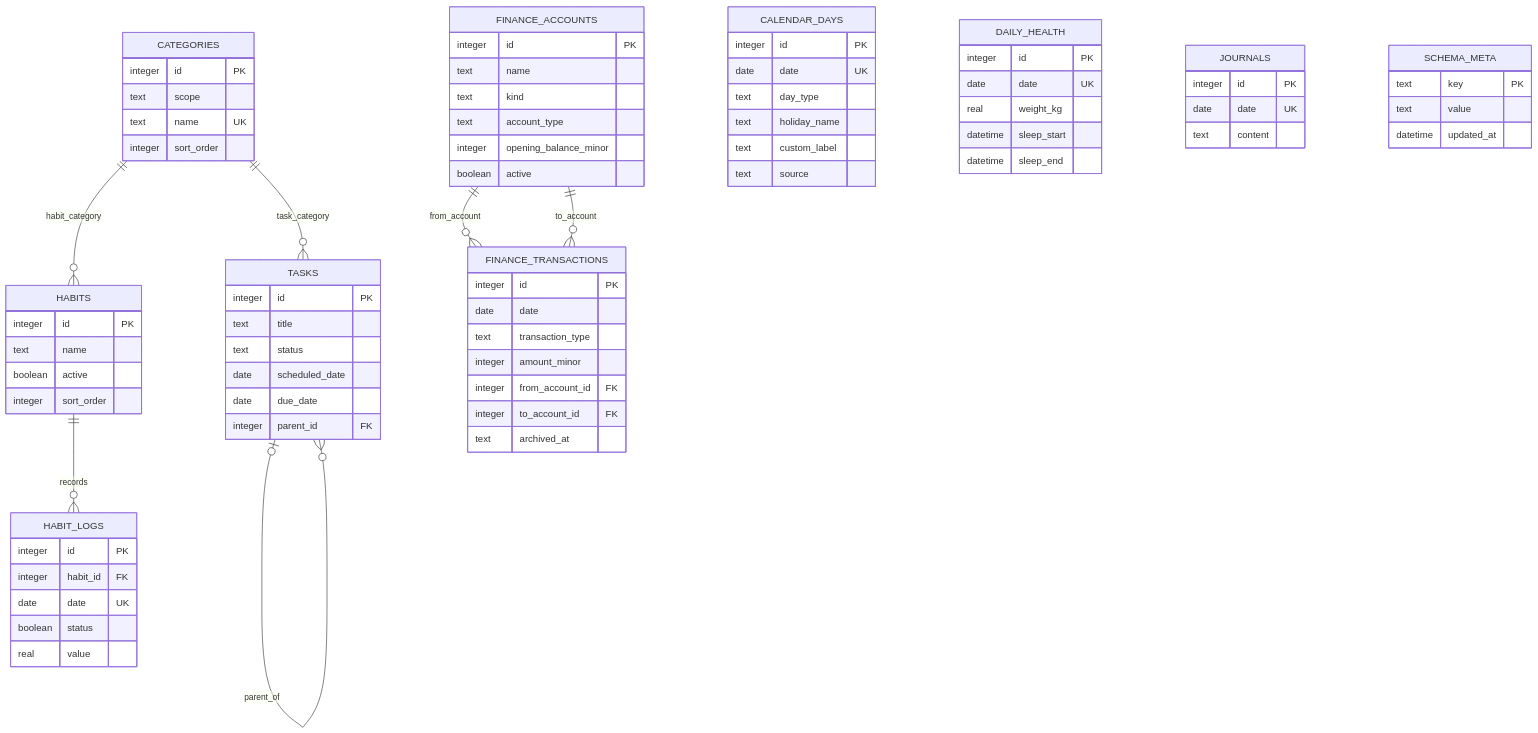
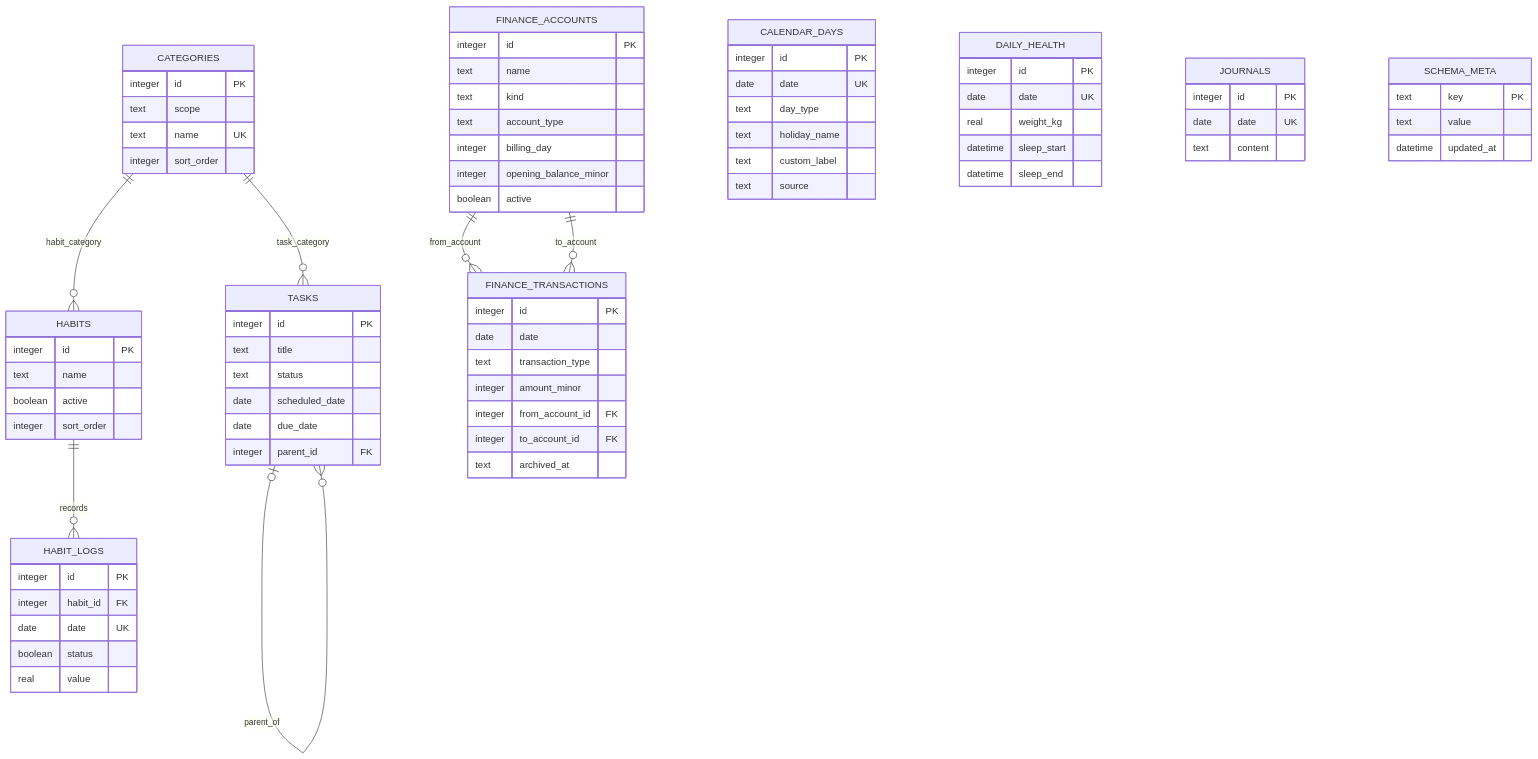
Before and after one commit to linfeng0tingyu/life-os: the diagram in 数据库模型.md, drawn with Mermaid. The commit also changed other lines of this file and 19 other files, not shown here.

````diff
--- a/数据库模型.md
+++ b/数据库模型.md
@@ -29,81 +29,82 @@
 ```mermaid
 erDiagram
     CATEGORIES ||--o{ HABITS : habit_category
     CATEGORIES ||--o{ TASKS : task_category
     HABITS ||--o{ HABIT_LOGS : records
     TASKS o|--o{ TASKS : parent_of
     FINANCE_ACCOUNTS ||--o{ FINANCE_TRANSACTIONS : from_account
     FINANCE_ACCOUNTS ||--o{ FINANCE_TRANSACTIONS : to_account
 
     CALENDAR_DAYS {
         integer id PK
         date date UK
         text day_type
         text holiday_name
         text custom_label
         text source
     }
 
     CATEGORIES {
         integer id PK
         text scope
         text name UK
         integer sort_order
     }
 
     HABITS {
         integer id PK
         text name
         boolean active
         integer sort_order
     }
     HABIT_LOGS {
         integer id PK
         integer habit_id FK
         date date UK
         boolean status
         real value
     }
     TASKS {
         integer id PK
         text title
         text status
         date scheduled_date
         date due_date
         integer parent_id FK
     }
     DAILY_HEALTH {
         integer id PK
         date date UK
         real weight_kg
         datetime sleep_start
         datetime sleep_end
     }
     JOURNALS {
         integer id PK
         date date UK
         text content
     }
     FINANCE_ACCOUNTS {
         integer id PK
         text name
         text kind
         text account_type
+        integer billing_day
         integer opening_balance_minor
         boolean active
     }
     FINANCE_TRANSACTIONS {
         integer id PK
         date date
         text transaction_type
         integer amount_minor
         integer from_account_id FK
         integer to_account_id FK
         text archived_at
     }
     SCHEMA_META {
         text key PK
         text value
         datetime updated_at
     }
 ```
````
